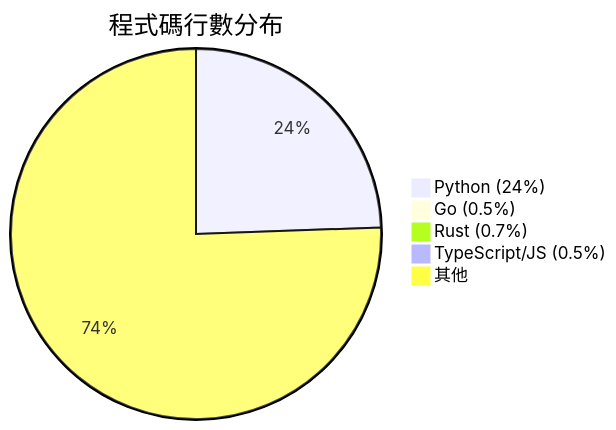
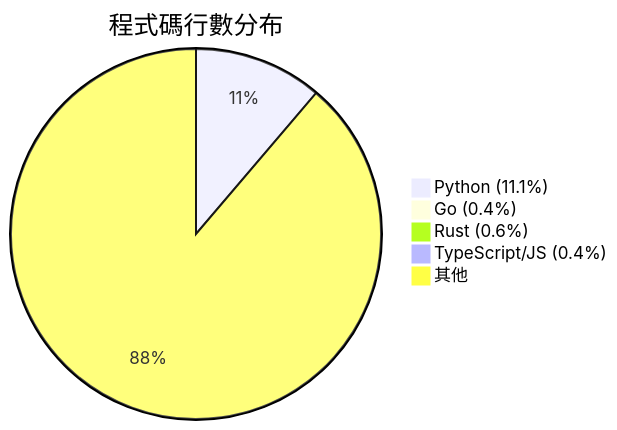
One commit to kyle0527/AIVA changed the second of 4 diagrams in _out/tree.mmd. Above: the diagram before and after it, drawn with Mermaid. The commit also changed other lines of this file and 105 other files, not shown here.

````diff
--- a/_out/tree.mmd
+++ b/_out/tree.mmd
@@ -66,8 +66,8 @@
 ```mermaid
 pie title 程式碼行數分布
-    "Python (24%)" : 312865
-    "Go (0.5%)" : 6044
-    "Rust (0.7%)" : 8874
-    "TypeScript/JS (0.5%)" : 6694
-    "其他" : 967487
+    "Python (11.1%)" : 178768
+    "Go (0.4%)" : 6044
+    "Rust (0.6%)" : 8874
+    "TypeScript/JS (0.4%)" : 6694
+    "其他" : 1413037
 ```
````
